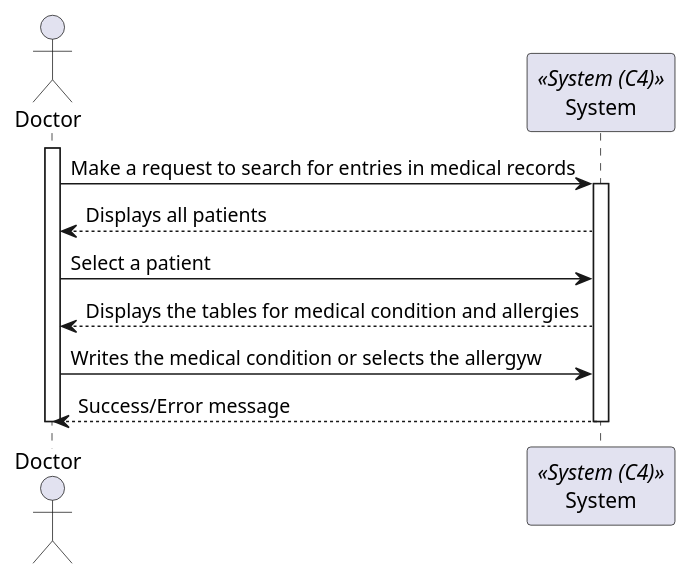
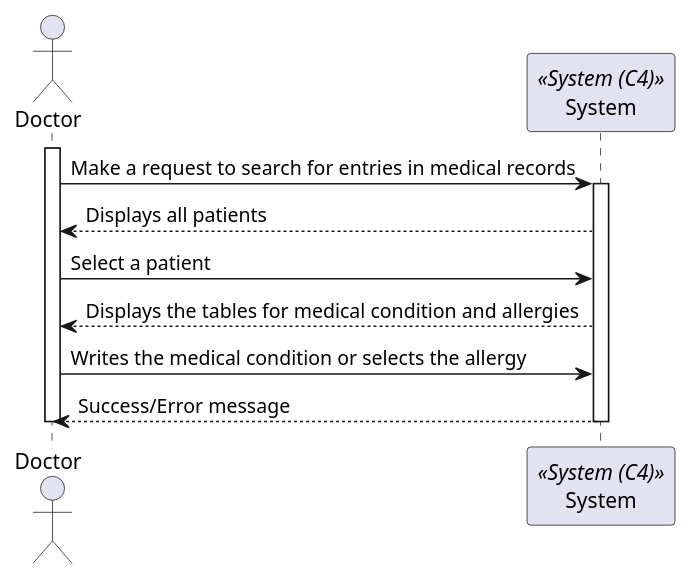
Before and after one commit to Rodrick0209/ISEP-SEM5PI-24-25: the diagram in docs/Sprint_3/Backoffice/US_7.2.7/L1/Process_View.puml, drawn with PlantUML. The commit also changed 34 other files, not shown here.

Commit message:
Business logic added to allergy and medical conditions #120 #121

```diff
--- a/docs/Sprint_3/Backoffice/US_7.2.7/L1/Process_View.puml
+++ b/docs/Sprint_3/Backoffice/US_7.2.7/L1/Process_View.puml
@@ -3,17 +3,17 @@
 @startuml Process_View
 actor Doctor
 participant System <<System (C4)>>
 
 activate Doctor
 
 Doctor -> System: Make a request to search for entries in medical records
 activate System
 System --> Doctor: Displays all patients
 Doctor -> System: Select a patient
 System --> Doctor : Displays the tables for medical condition and allergies
-Doctor -> System: Writes the medical condition or selects the allergyw
+Doctor -> System: Writes the medical condition or selects the allergy
 System --> Doctor: Success/Error message
 deactivate System
 deactivate Doctor
 
 @enduml
```
